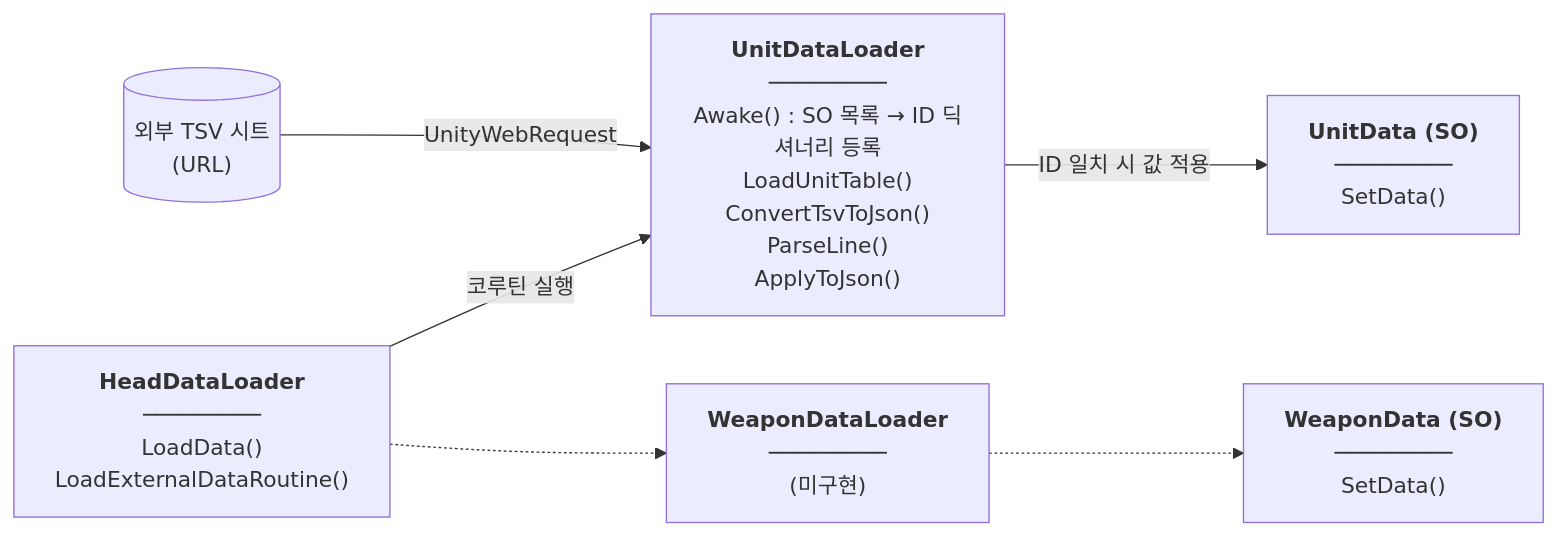
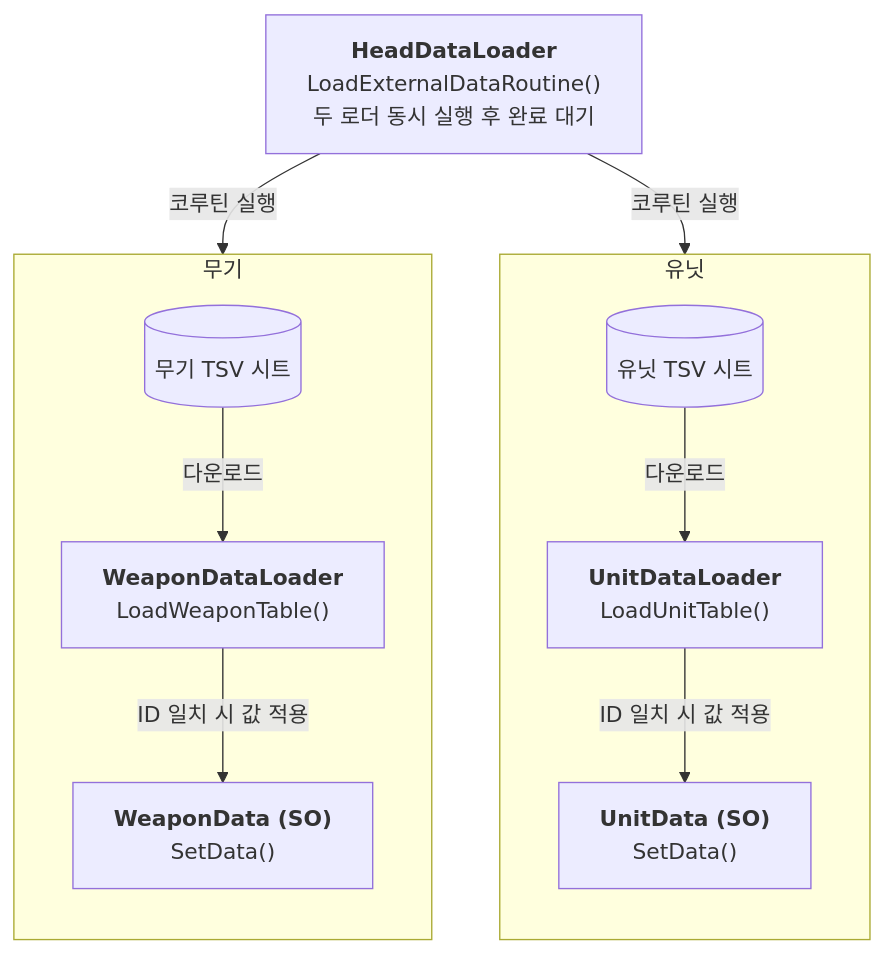
The first of 3 diagrams in Docs/ImplementDocs/Diagram.md (jayy5288sk/PersonalProject), drawn with Mermaid before and after one commit. The commit also changed other lines of this file and 1 other file, not shown here.

Commit message:
[Docs] 기술 문서 작성 및 다이어그램 수정 갱신

````diff
--- a/Docs/ImplementDocs/Diagram.md
+++ b/Docs/ImplementDocs/Diagram.md
@@ -8,21 +8,25 @@
 ```mermaid
-flowchart LR
-    Sheet[("외부 TSV 시트<br/>(URL)")]
+flowchart TB
+    Head["<b>HeadDataLoader</b><br/>LoadExternalDataRoutine()<br/>두 로더 동시 실행 후 완료 대기"]
 
-    Head["<b>HeadDataLoader</b><br/>─────────<br/>LoadData()<br/>LoadExternalDataRoutine()"]
+    subgraph Unit["유닛"]
+        direction TB
+        UnitSheet[("유닛 TSV 시트")]
+        UnitLoader["<b>UnitDataLoader</b><br/>LoadUnitTable()"]
+        UnitSO["<b>UnitData (SO)</b><br/>SetData()"]
+        UnitSheet -->|다운로드| UnitLoader
+        UnitLoader -->|ID 일치 시 값 적용| UnitSO
+    end
 
-    UnitLoader["<b>UnitDataLoader</b><br/>─────────<br/>Awake() : SO 목록 → ID 딕셔너리 등록<br/>LoadUnitTable()<br/>ConvertTsvToJson()<br/>ParseLine()<br/>ApplyToJson()"]
-
-    WeaponLoader["<b>WeaponDataLoader</b><br/>─────────<br/>(미구현)"]
-
-    UnitSO["<b>UnitData (SO)</b><br/>─────────<br/>SetData()"]
-
-    WeaponSO["<b>WeaponData (SO)</b><br/>─────────<br/>SetData()"]
+    subgraph Weapon["무기"]
+        direction TB
+        WeaponSheet[("무기 TSV 시트")]
+        WeaponLoader["<b>WeaponDataLoader</b><br/>LoadWeaponTable()"]
+        WeaponSO["<b>WeaponData (SO)</b><br/>SetData()"]
+        WeaponSheet -->|다운로드| WeaponLoader
+        WeaponLoader -->|ID 일치 시 값 적용| WeaponSO
+    end
 
     Head -->|코루틴 실행| UnitLoader
-    Sheet -->|UnityWebRequest| UnitLoader
-    UnitLoader -->|ID 일치 시 값 적용| UnitSO
-
-    Head -.-> WeaponLoader
-    WeaponLoader -.-> WeaponSO
+    Head -->|코루틴 실행| WeaponLoader
 ```
````
